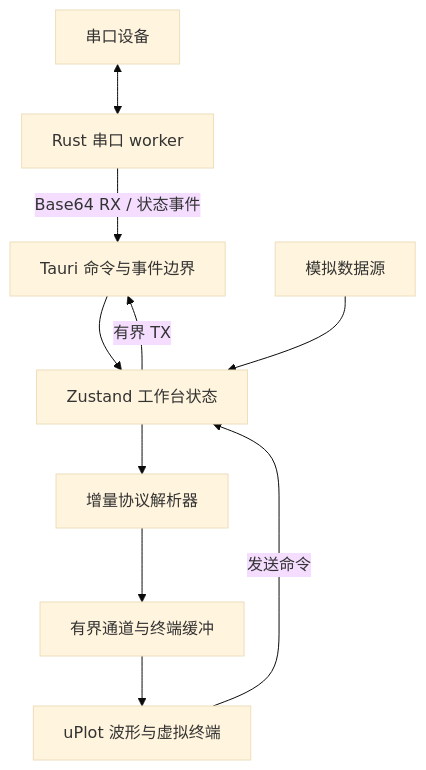
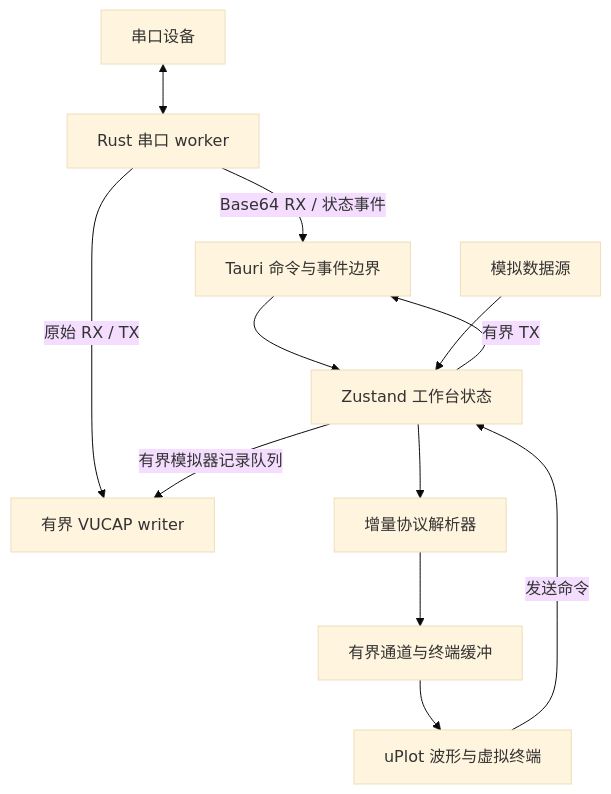
One commit to woai66/Vofa-Ultra changed the first of 2 diagrams in docs/architecture.md. Above: the diagram before and after it, drawn with Mermaid (base theme). The commit also changed other lines of this file and 20 other files, not shown here.

````diff
--- a/docs/architecture.md
+++ b/docs/architecture.md
@@ -8,12 +8,14 @@
 ```mermaid
 flowchart TB
     Device[串口设备] <--> Worker[Rust 串口 worker]
     Worker -->|Base64 RX / 状态事件| Bridge[Tauri 命令与事件边界]
+    Worker -->|原始 RX / TX| Recorder[有界 VUCAP writer]
     Bridge --> Store[Zustand 工作台状态]
     Store --> Parsers[增量协议解析器]
     Parsers --> Buffers[有界通道与终端缓冲]
     Buffers --> Views[uPlot 波形与虚拟终端]
     Simulator[模拟数据源] --> Store
+    Store -->|有界模拟器记录队列| Recorder
     Views -->|发送命令| Store
     Store -->|有界 TX| Bridge
 ```
````
